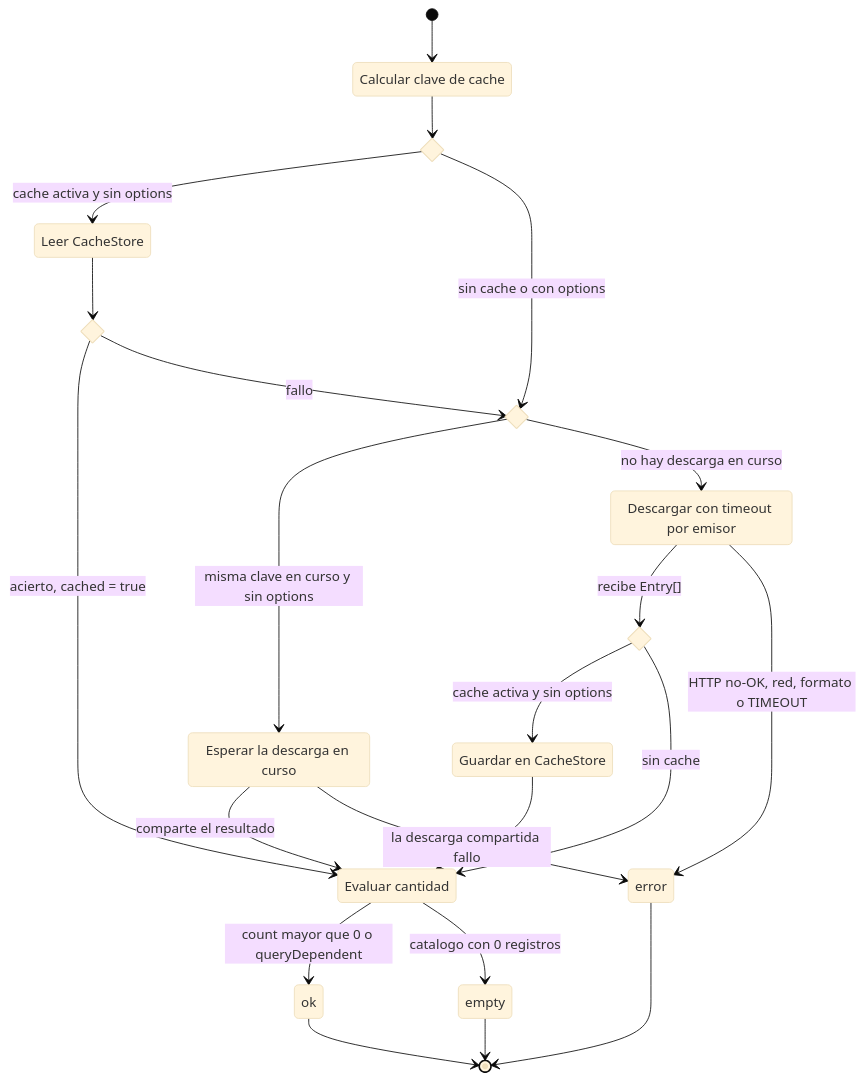
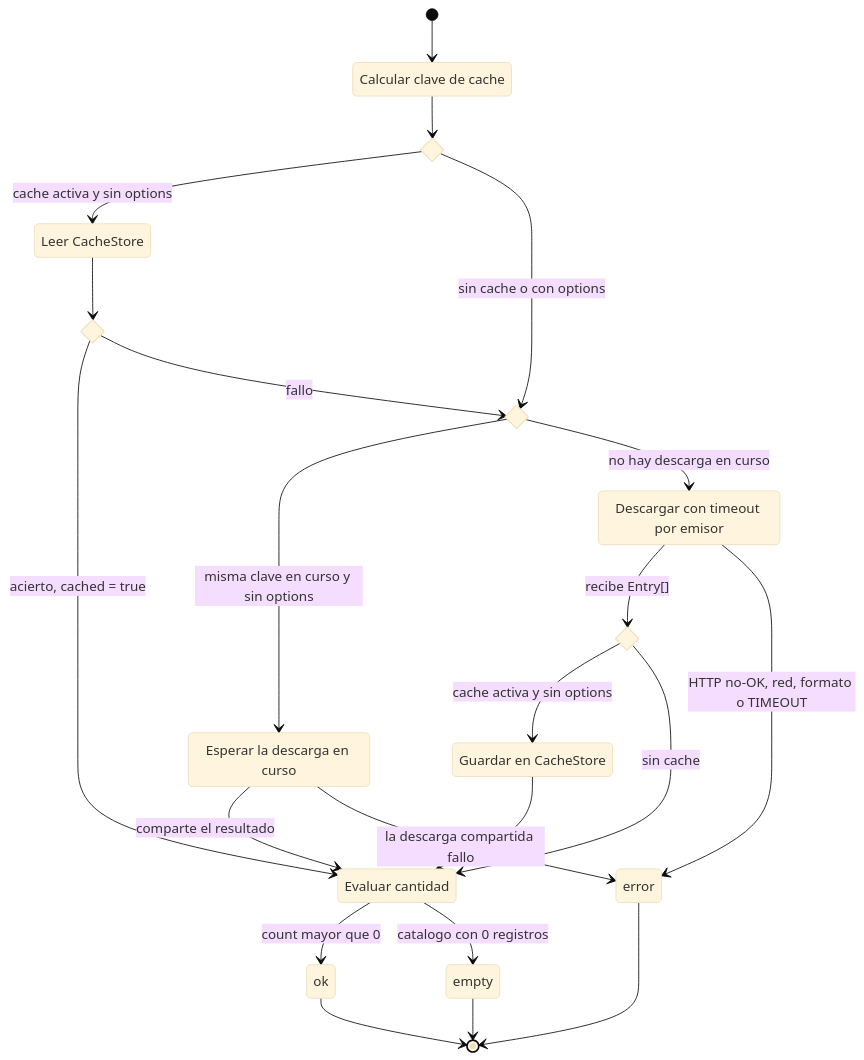
One commit to sebcld/benefits-aggregator-cl changed the diagram in docs/arquitectura/05-provider-runner.md. Above: the diagram before and after it, drawn with Mermaid (base theme). The commit also changed other lines of this file and 24 other files, not shown here.

````diff
--- a/docs/arquitectura/05-provider-runner.md
+++ b/docs/arquitectura/05-provider-runner.md
@@ -5,39 +5,39 @@
 ```mermaid
 stateDiagram-v2
   state "Calcular clave de cache" as Clave
   state "Leer CacheStore" as Leer
   state "Esperar la descarga en curso" as Esperar
   state "Descargar con timeout por emisor" as Descargar
   state "Guardar en CacheStore" as Guardar
   state "Evaluar cantidad" as Evaluar
   state "ok" as Ok
   state "empty" as Empty
   state "error" as Fallo
 
   state usaCache <<choice>>
   state acierto <<choice>>
   state enCurso <<choice>>
   state cacheActiva <<choice>>
 
   [*] --> Clave
   Clave --> usaCache
   usaCache --> Leer: cache activa y sin options
   usaCache --> enCurso: sin cache o con options
   Leer --> acierto
   acierto --> Evaluar: acierto, cached = true
   acierto --> enCurso: fallo
   enCurso --> Esperar: misma clave en curso y sin options
   enCurso --> Descargar: no hay descarga en curso
   Esperar --> Evaluar: comparte el resultado
   Esperar --> Fallo: la descarga compartida fallo
   Descargar --> cacheActiva: recibe Entry[]
   Descargar --> Fallo: HTTP no-OK, red, formato o TIMEOUT
   cacheActiva --> Guardar: cache activa y sin options
   cacheActiva --> Evaluar: sin cache
   Guardar --> Evaluar
-  Evaluar --> Ok: count mayor que 0 o queryDependent
+  Evaluar --> Ok: count mayor que 0
   Evaluar --> Empty: catalogo con 0 registros
   Ok --> [*]
   Empty --> [*]
   Fallo --> [*]
 ```
````
